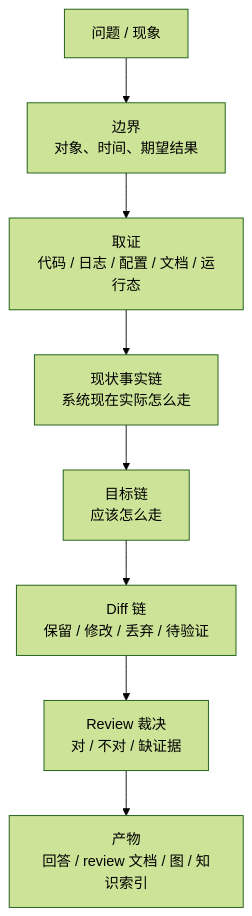
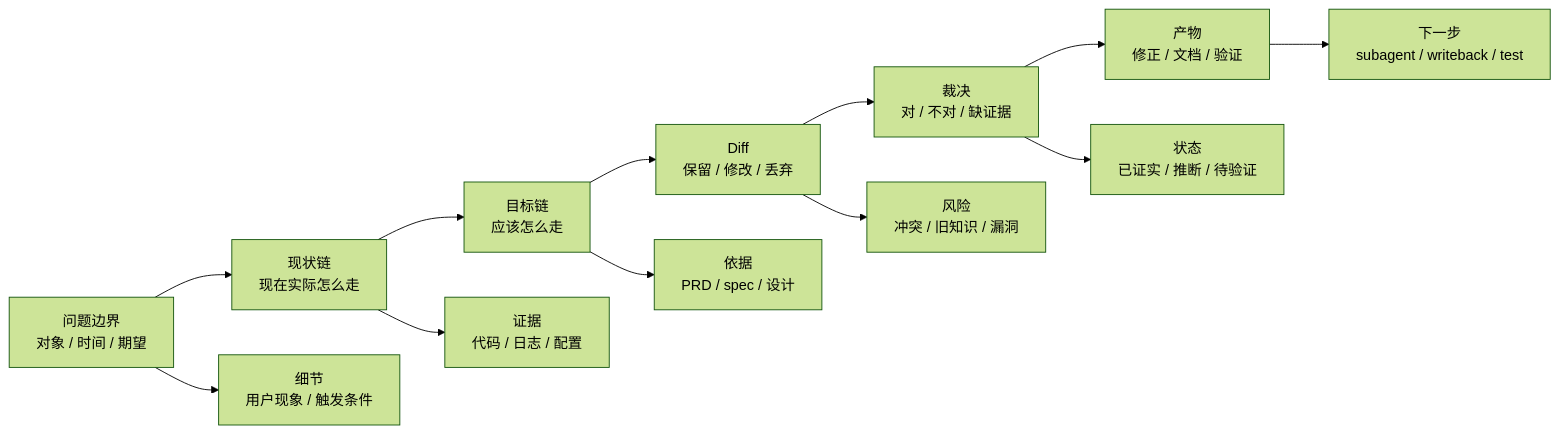
Before and after one commit to nds15763/workskills: the second of 9 diagrams in problem-review-mapper/SKILL.md, drawn with Mermaid (forest theme). The commit also changed other lines of this file and 3 other files, not shown here.

````diff
--- a/problem-review-mapper/SKILL.md
+++ b/problem-review-mapper/SKILL.md
@@ -32,10 +52,15 @@
 ```mermaid
-flowchart TD
-  A["问题 / 现象"] --> B["边界<br/>对象、时间、期望结果"]
-  B --> C["取证<br/>代码 / 日志 / 配置 / 文档 / 运行态"]
-  C --> D["现状事实链<br/>系统现在实际怎么走"]
-  D --> E["目标链<br/>应该怎么走"]
-  E --> F["Diff 链<br/>保留 / 修改 / 丢弃 / 待验证"]
-  F --> G["Review 裁决<br/>对 / 不对 / 缺证据"]
-  G --> H["产物<br/>回答 / review 文档 / 图 / 知识索引"]
+flowchart LR
+  A["问题边界<br/>对象 / 时间 / 期望"] --> B["现状链<br/>现在实际怎么走"]
+  B --> C["目标链<br/>应该怎么走"]
+  C --> D["Diff<br/>保留 / 修改 / 丢弃"]
+  D --> E["裁决<br/>对 / 不对 / 缺证据"]
+  E --> F["产物<br/>修正 / 文档 / 验证"]
+
+  A --> A1["细节<br/>用户现象 / 触发条件"]
+  B --> B1["证据<br/>代码 / 日志 / 配置"]
+  C --> C1["依据<br/>PRD / spec / 设计"]
+  D --> D1["风险<br/>冲突 / 旧知识 / 漏洞"]
+  E --> E1["状态<br/>已证实 / 推断 / 待验证"]
+  F --> F1["下一步<br/>subagent / writeback / test"]
 ```
````
